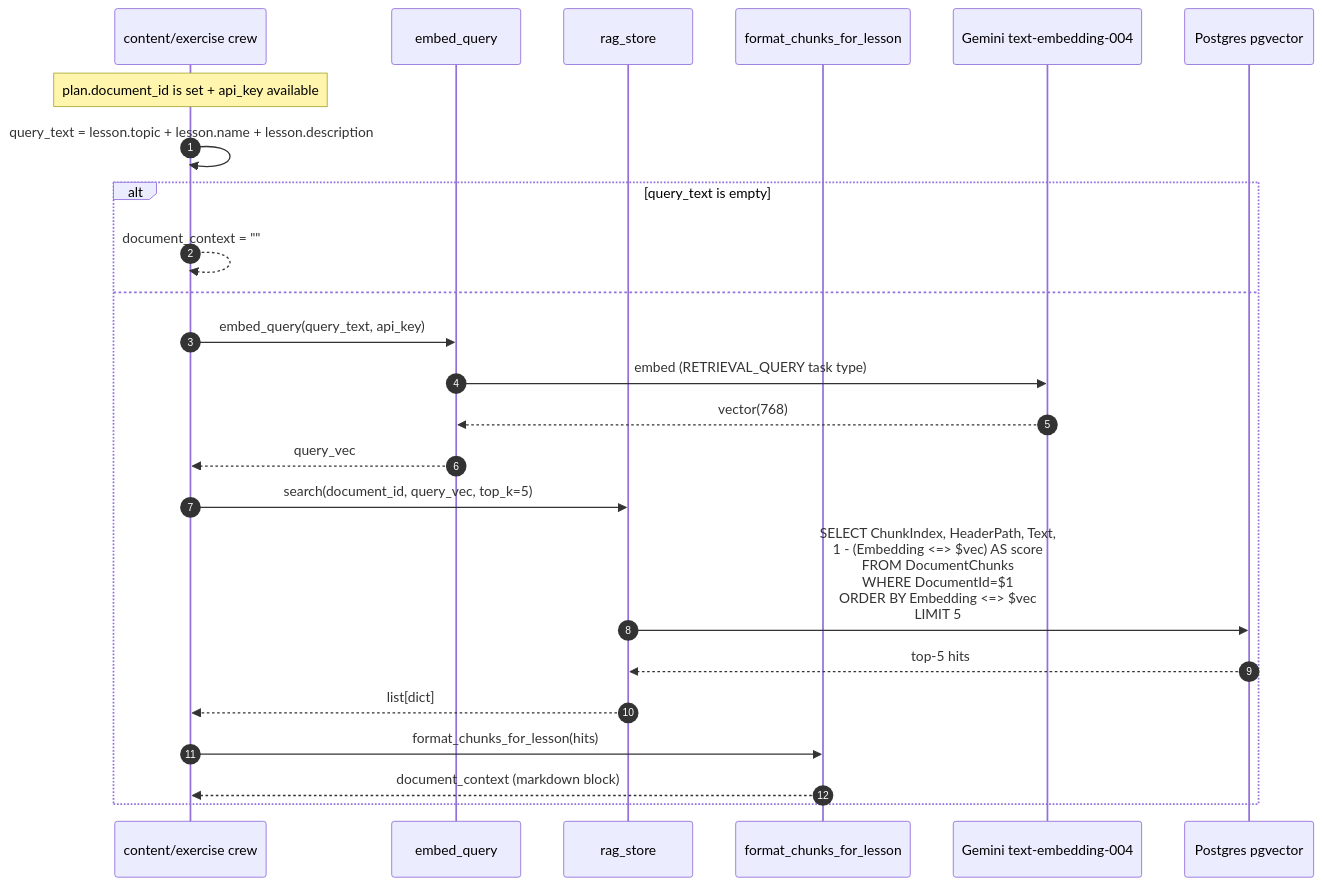
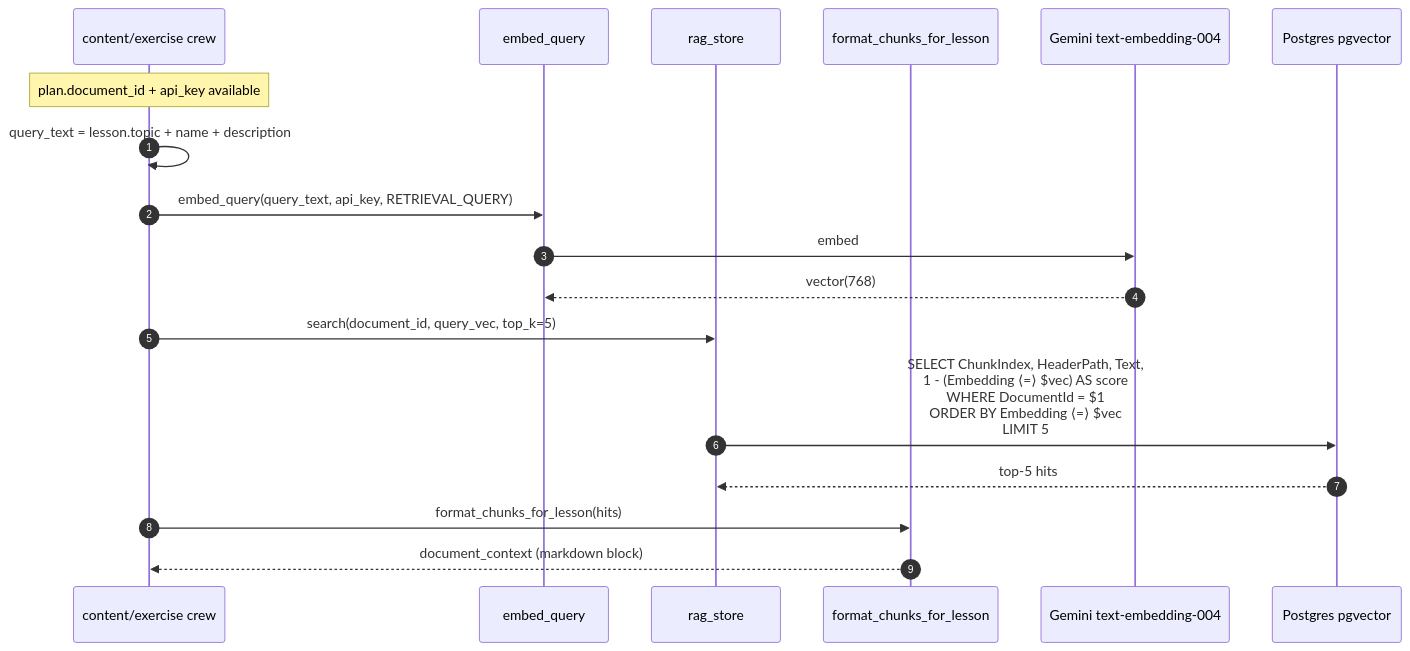
Before and after one commit to Dockdep/LessonHub: the second of 2 diagrams in diagrams/rag/search.md, drawn with Mermaid. The commit also changed other lines of this file and 36 other files, not shown here.

````diff
--- a/diagrams/rag/search.md
+++ b/diagrams/rag/search.md
@@ -34,27 +29,21 @@
 ```mermaid
 sequenceDiagram
   autonumber
   participant Crew as content/exercise crew
   participant Embed as embed_query
   participant Store as rag_store
   participant Format as format_chunks_for_lesson
   participant Gem as Gemini text-embedding-004
   participant PG as Postgres pgvector
 
-  Note over Crew: plan.document_id is set + api_key available
-  Crew->>Crew: query_text = lesson.topic + lesson.name + lesson.description
-  alt query_text is empty
-    Crew-->>Crew: document_context = ""
-  else
-    Crew->>Embed: embed_query(query_text, api_key)
-    Embed->>Gem: embed (RETRIEVAL_QUERY task type)
-    Gem-->>Embed: vector(768)
-    Embed-->>Crew: query_vec
-    Crew->>Store: search(document_id, query_vec, top_k=5)
-    Store->>PG: SELECT ChunkIndex, HeaderPath, Text,<br/>1 - (Embedding <=> $vec) AS score<br/>FROM DocumentChunks<br/>WHERE DocumentId=$1<br/>ORDER BY Embedding <=> $vec<br/>LIMIT 5
-    PG-->>Store: top-5 hits
-    Store-->>Crew: list[dict]
-    Crew->>Format: format_chunks_for_lesson(hits)
-    Format-->>Crew: document_context (markdown block)
-  end
+  Note over Crew: plan.document_id + api_key available
+  Crew->>Crew: query_text = lesson.topic + name + description
+  Crew->>Embed: embed_query(query_text, api_key, RETRIEVAL_QUERY)
+  Embed->>Gem: embed
+  Gem-->>Embed: vector(768)
+  Crew->>Store: search(document_id, query_vec, top_k=5)
+  Store->>PG: SELECT ChunkIndex, HeaderPath, Text,<br/>1 - (Embedding ⟨=⟩ $vec) AS score<br/>WHERE DocumentId = $1<br/>ORDER BY Embedding ⟨=⟩ $vec<br/>LIMIT 5
+  PG-->>Store: top-5 hits
+  Crew->>Format: format_chunks_for_lesson(hits)
+  Format-->>Crew: document_context (markdown block)
 ```
````
